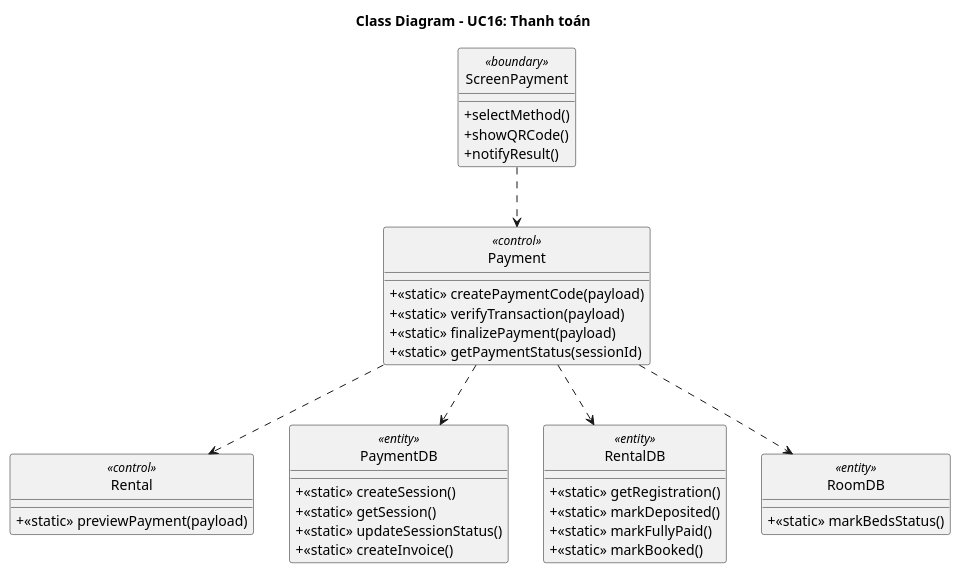
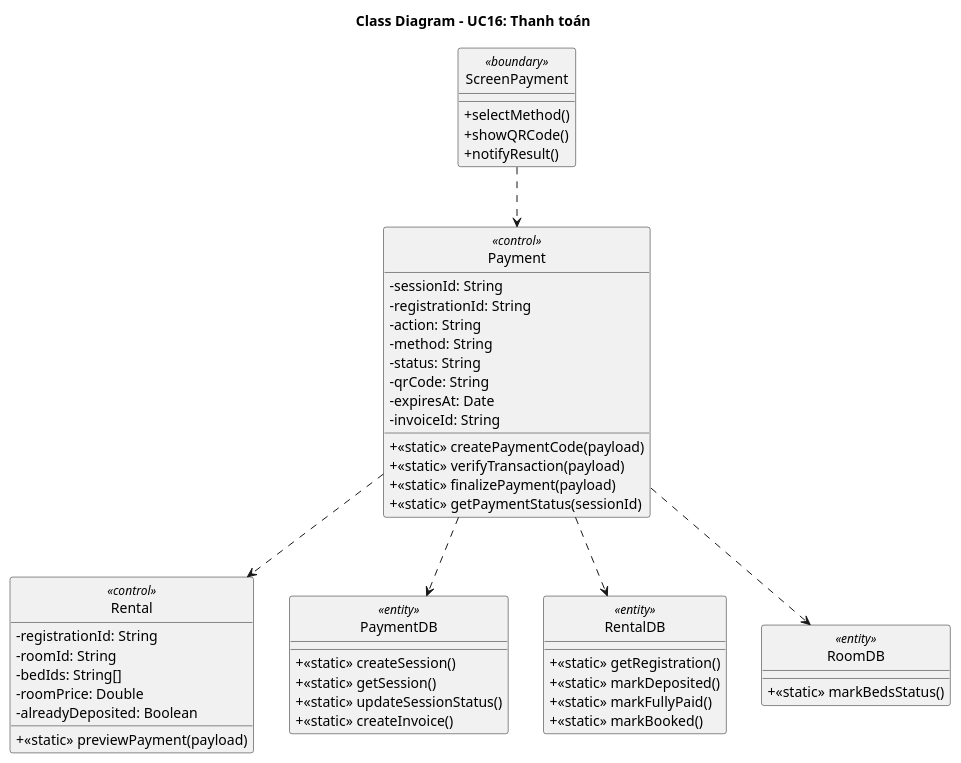
One commit to Gnourt812005/HCMUS-Analyze-and-desgin-IS changed the diagram in doc/system/thanh_toan/ThanhToan_ClassDiagram.wsd. Above: the diagram before and after it, drawn with PlantUML. The commit also changed 3 other files, not shown here.

Commit message:
bao/class diagram: fix class diagram

```diff
--- a/doc/system/thanh_toan/ThanhToan_ClassDiagram.wsd
+++ b/doc/system/thanh_toan/ThanhToan_ClassDiagram.wsd
@@ -1,47 +1,60 @@
 @startuml ThanhToan_ClassDiagram
 skinparam classAttributeIconSize 0
 skinparam style strictuml
 title Class Diagram - UC16: Thanh toán
 
 class "ScreenPayment" <<boundary>> {
     + selectMethod()
     + showQRCode()
     + notifyResult()
 }
 
 class "Payment" <<control>> {
+    - sessionId: String
+    - registrationId: String
+    - action: String
+    - method: String
+    - status: String
+    - qrCode: String
+    - expiresAt: Date
+    - invoiceId: String
     + <<static>> createPaymentCode(payload)
     + <<static>> verifyTransaction(payload)
     + <<static>> finalizePayment(payload)
     + <<static>> getPaymentStatus(sessionId)
 }
 
 class "Rental" <<control>> {
+    - registrationId: String
+    - roomId: String
+    - bedIds: String[]
+    - roomPrice: Double
+    - alreadyDeposited: Boolean
     + <<static>> previewPayment(payload)
 }
 
 class "PaymentDB" <<entity>> {
     + <<static>> createSession()
     + <<static>> getSession()
     + <<static>> updateSessionStatus()
     + <<static>> createInvoice()
 }
 
 class "RentalDB" <<entity>> {
     + <<static>> getRegistration()
     + <<static>> markDeposited()
     + <<static>> markFullyPaid()
     + <<static>> markBooked()
 }
 
 class "RoomDB" <<entity>> {
     + <<static>> markBedsStatus()
 }
 
 "ScreenPayment" ..> "Payment"
 "Payment" ..> "Rental"
 "Payment" ..> "PaymentDB"
 "Payment" ..> "RentalDB"
 "Payment" ..> "RoomDB"
 
 @enduml
```
